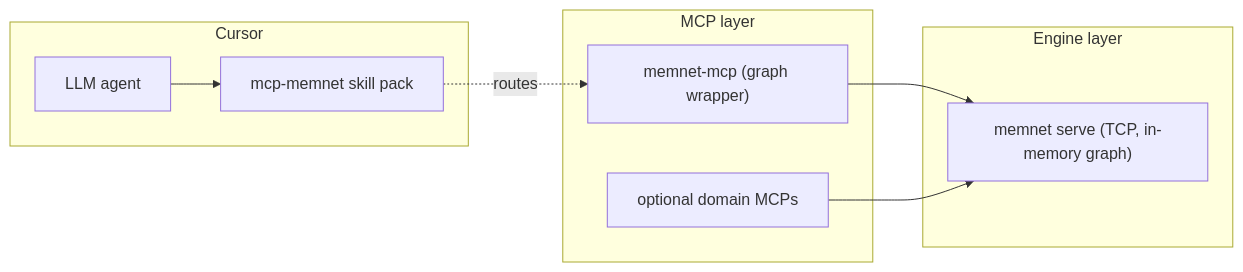
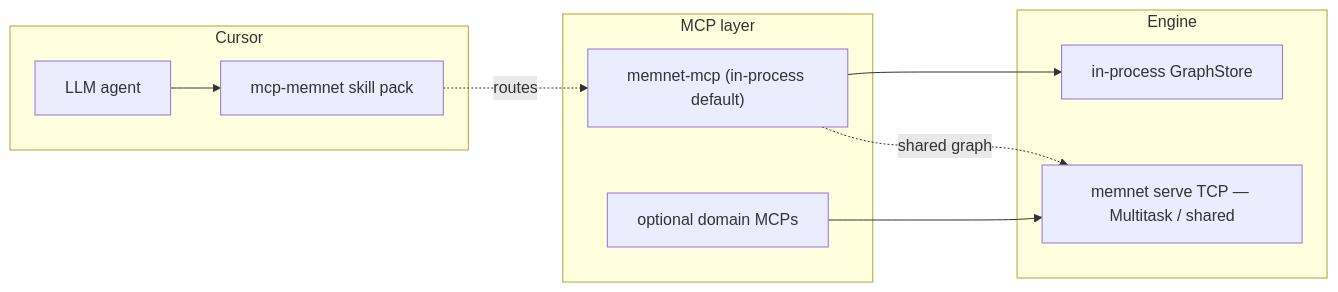
The diagram in docs/application-notes/llm-build-on-memnet.md (chouswei/MemNet), drawn with Mermaid before and after one commit. The commit also changed other lines of this file and 13 other files, not shown here.

````diff
--- a/docs/application-notes/llm-build-on-memnet.md
+++ b/docs/application-notes/llm-build-on-memnet.md
@@ -42,18 +44,20 @@
 ```mermaid
 flowchart LR
-  subgraph engine [Engine layer]
-    SERVE["memnet serve (TCP, in-memory graph)"]
+  subgraph engine [Engine]
+    IP[in-process GraphStore]
+    SERVE["memnet serve TCP — Multitask / shared"]
   end
   subgraph mcps [MCP layer]
-    MMCP["memnet-mcp (graph wrapper)"]
+    MMCP["memnet-mcp (in-process default)"]
     APP3["optional domain MCPs"]
   end
   subgraph cursor [Cursor]
     SKILL["mcp-memnet skill pack"]
     AGENT["LLM agent"]
   end
   AGENT --> SKILL
   SKILL -.routes.-> MMCP
-  MMCP --> SERVE
+  MMCP --> IP
+  MMCP -.->|shared graph| SERVE
   APP3 --> SERVE
 ```
````
